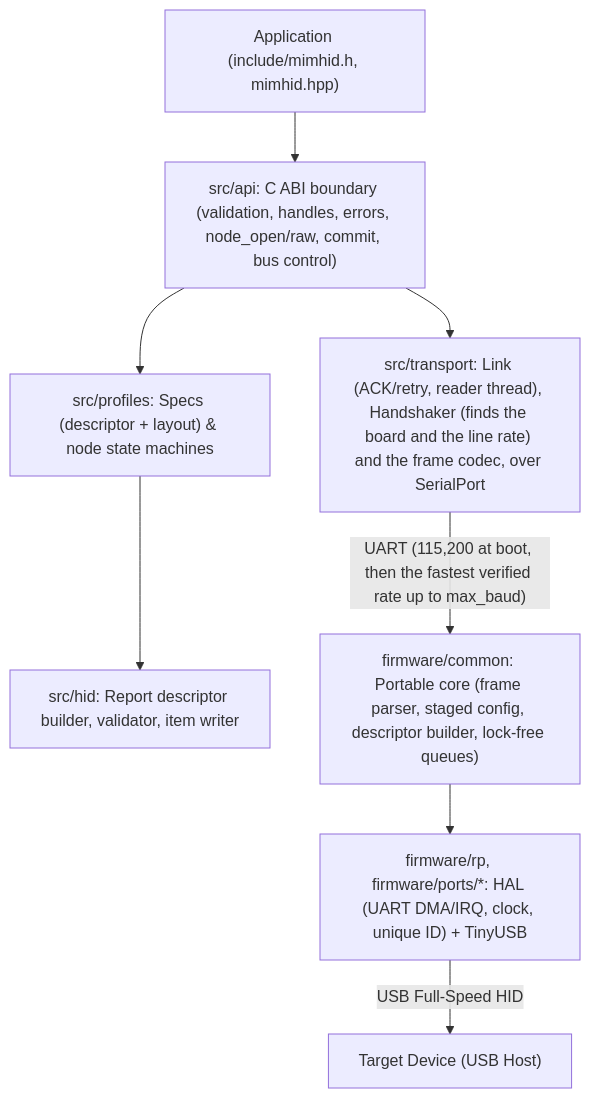
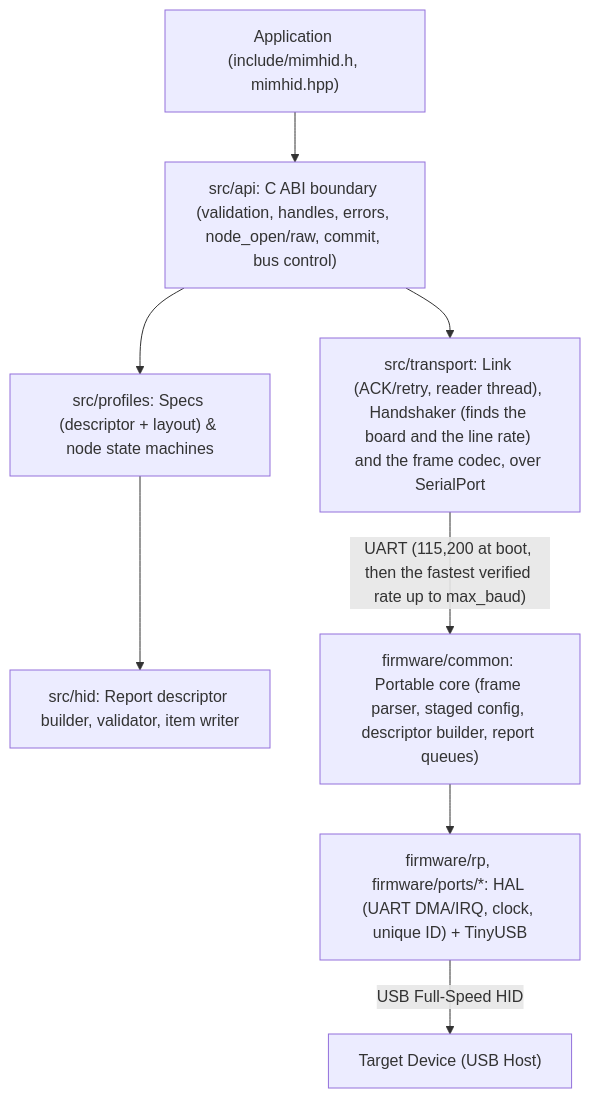
Before and after one commit to nemarpuc/libmimhid: the first of 2 diagrams in docs/ARCHITECTURE.md, drawn with Mermaid. The commit also changed other lines of this file, not shown here.

First line of the commit message:
docs(ARCHITECTURE): follow commit_device and the firmware's split, record only recorded reasons

````diff
--- a/docs/ARCHITECTURE.md
+++ b/docs/ARCHITECTURE.md
@@ -18,19 +18,19 @@
 ```mermaid
 flowchart TD
     App["Application (include/mimhid.h, mimhid.hpp)"]
     API["src/api: C ABI boundary (validation, handles, errors, node_open/raw, commit, bus control)"]
     Prof["src/profiles: Specs (descriptor + layout) & node state machines"]
     HID["src/hid: Report descriptor builder, validator, item writer"]
     Trans["src/transport: Link (ACK/retry, reader thread), Handshaker (finds the board and the line rate) and the frame codec, over SerialPort"]
-    FWCore["firmware/common: Portable core (frame parser, staged config, descriptor builder, lock-free queues)"]
+    FWCore["firmware/common: Portable core (frame parser, staged config, descriptor builder, report queues)"]
     HAL["firmware/rp, firmware/ports/*: HAL (UART DMA/IRQ, clock, unique ID) + TinyUSB"]
     Target["Target Device (USB Host)"]
 
     App --> API
     API --> Prof
     Prof --> HID
     API --> Trans
     Trans -->|"UART (115,200 at boot, then the fastest verified rate up to max_baud)"| FWCore
     FWCore --> HAL
     HAL -->|"USB Full-Speed HID"| Target
 ```
````
